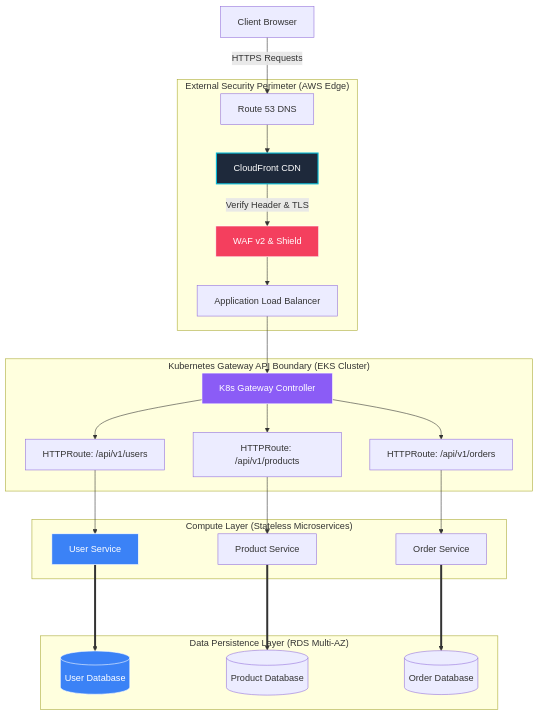
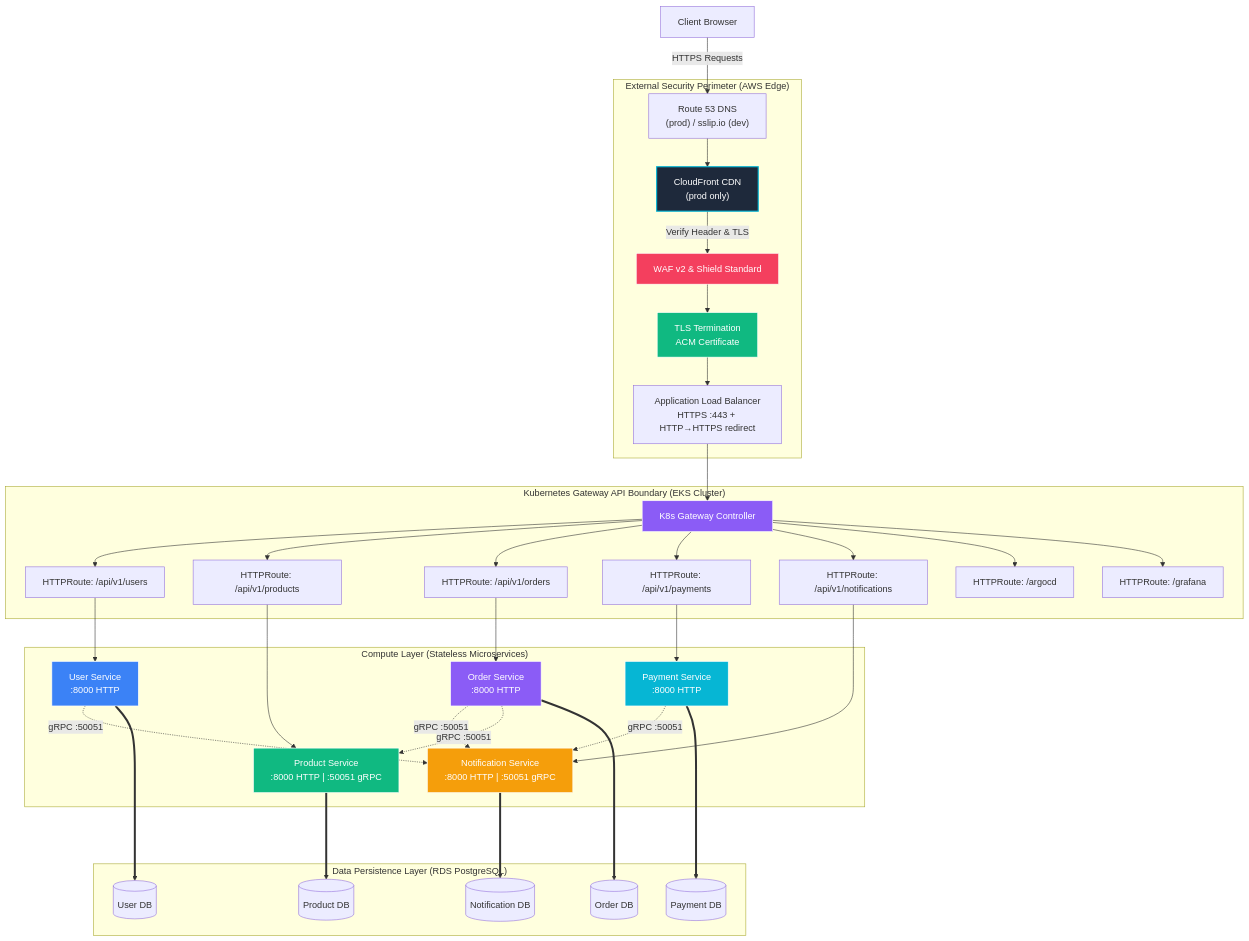
One commit to Malviya-Shashank/ecommerce-platform changed the first of 6 diagrams in ARCHITECTURE_AND_SYSTEM_DESIGN.md. Above: the diagram before and after it, drawn with Mermaid. The commit also changed other lines of this file and 82 other files, not shown here.

````diff
--- a/ARCHITECTURE_AND_SYSTEM_DESIGN.md
+++ b/ARCHITECTURE_AND_SYSTEM_DESIGN.md
@@ -11,55 +11,77 @@
 ```mermaid
 graph TD
     subgraph "External Security Perimeter (AWS Edge)"
-        DNS[Route 53 DNS]
-        CDN[CloudFront CDN]
-        WAF[WAF v2 & Shield]
-        ALB[Application Load Balancer]
+        DNS["Route 53 DNS<br/>(prod) / sslip.io (dev)"]
+        CDN["CloudFront CDN<br/>(prod only)"]
+        WAF["WAF v2 & Shield Standard"]
+        TLS["TLS Termination<br/>ACM Certificate"]
+        ALB["Application Load Balancer<br/>HTTPS :443 + HTTP→HTTPS redirect"]
     end
 
     subgraph "Kubernetes Gateway API Boundary (EKS Cluster)"
-        GW[K8s Gateway Controller]
-        RouteU[HTTPRoute: /api/v1/users]
-        RouteP[HTTPRoute: /api/v1/products]
-        RouteO[HTTPRoute: /api/v1/orders]
+        GW["K8s Gateway Controller"]
+        RouteU["HTTPRoute: /api/v1/users"]
+        RouteP["HTTPRoute: /api/v1/products"]
+        RouteO["HTTPRoute: /api/v1/orders"]
+        RoutePay["HTTPRoute: /api/v1/payments"]
+        RouteN["HTTPRoute: /api/v1/notifications"]
+        RouteArgo["HTTPRoute: /argocd"]
+        RouteGraf["HTTPRoute: /grafana"]
     end
 
     subgraph "Compute Layer (Stateless Microservices)"
-        User[User Service]
-        Product[Product Service]
-        Order[Order Service]
+        User["User Service<br/>:8000 HTTP"]
+        Product["Product Service<br/>:8000 HTTP | :50051 gRPC"]
+        Order["Order Service<br/>:8000 HTTP"]
+        Payment["Payment Service<br/>:8000 HTTP"]
+        Notify["Notification Service<br/>:8000 HTTP | :50051 gRPC"]
     end
 
-    subgraph "Data Persistence Layer (RDS Multi-AZ)"
-        DB_User[(User Database)]
-        DB_Prod[(Product Database)]
-        DB_Order[(Order Database)]
+    subgraph "Data Persistence Layer (RDS PostgreSQL)"
+        DB_User[("User DB")]
+        DB_Prod[("Product DB")]
+        DB_Order[("Order DB")]
+        DB_Pay[("Payment DB")]
+        DB_Notify[("Notification DB")]
     end
 
     %% External Connections
-    UserSystem[Client Browser] -->|HTTPS Requests| DNS
+    UserSystem["Client Browser"] -->|"HTTPS Requests"| DNS
     DNS --> CDN
-    CDN -->|Verify Header & TLS| WAF
-    WAF --> ALB
+    CDN -->|"Verify Header & TLS"| WAF
+    WAF --> TLS
+    TLS --> ALB
     ALB --> GW
 
     %% K8s Routing
-    GW --> RouteU
-    GW --> RouteP
-    GW --> RouteO
+    GW --> RouteU & RouteP & RouteO & RoutePay & RouteN & RouteArgo & RouteGraf
 
     RouteU --> User
     RouteP --> Product
     RouteO --> Order
+    RoutePay --> Payment
+    RouteN --> Notify
+
+    %% gRPC Inter-Service Communication
+    User -.->|"gRPC :50051"| Notify
+    Order -.->|"gRPC :50051"| Notify
+    Order -.->|"gRPC :50051"| Product
+    Payment -.->|"gRPC :50051"| Notify
 
     %% DB Connections
     User ===> DB_User
     Product ===> DB_Prod
     Order ===> DB_Order
+    Payment ===> DB_Pay
+    Notify ===> DB_Notify
 
     style CDN fill:#1e293b,stroke:#06b6d4,stroke-width:2px,color:#fff
     style WAF fill:#f43f5e,stroke:#fff,stroke-width:1px,color:#fff
+    style TLS fill:#10b981,stroke:#fff,stroke-width:1px,color:#fff
     style GW fill:#8b5cf6,stroke:#fff,stroke-width:1px,color:#fff
     style User fill:#3b82f6,stroke:#fff,stroke-width:1px,color:#fff
-    style DB_User fill:#3b82f6,stroke:#fff,stroke-width:1px,color:#fff
+    style Product fill:#10b981,stroke:#fff,stroke-width:1px,color:#fff
+    style Order fill:#8b5cf6,stroke:#fff,stroke-width:1px,color:#fff
+    style Payment fill:#06b6d4,stroke:#fff,stroke-width:1px,color:#fff
+    style Notify fill:#f59e0b,stroke:#fff,stroke-width:1px,color:#fff
 ```
````
